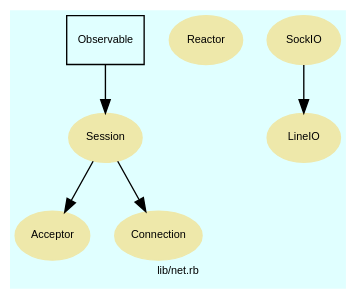
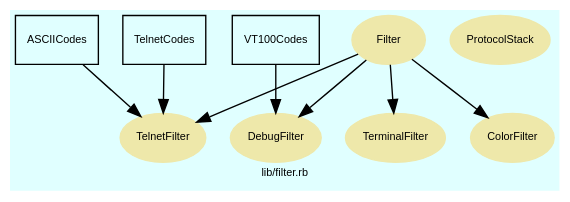
The diagram in doc/dot/f_9.dot (Tyche/teensymud), drawn with Graphviz before and after one commit. The commit also changed 166 other files, not shown here.

```diff
--- a/doc/dot/f_9.dot
+++ b/doc/dot/f_9.dot
@@ -1,89 +1,113 @@
 digraph TopLevel {
     compound = true
     bgcolor = lightcyan1
     fontname = Arial
     fontsize = 8
-    label = "lib/net.rb"
+    label = "lib/filter.rb"
     node [
         fontname = Arial,
         fontsize = 8,
         color = black
     ]
 
-    Acceptor [
+    DebugFilter [
         fontcolor = black,
-        URL = "classes/Acceptor.html",
+        URL = "classes/DebugFilter.html",
         shape = ellipse,
         color = palegoldenrod,
         style = filled,
-        label = "Acceptor"
+        label = "DebugFilter"
     ]
 
-    Reactor [
+    TelnetFilter [
         fontcolor = black,
-        URL = "classes/Reactor.html",
+        URL = "classes/TelnetFilter.html",
         shape = ellipse,
         color = palegoldenrod,
         style = filled,
-        label = "Reactor"
+        label = "TelnetFilter"
     ]
 
-    SockIO [
+    Filter [
         fontcolor = black,
-        URL = "classes/SockIO.html",
+        URL = "classes/Filter.html",
         shape = ellipse,
         color = palegoldenrod,
         style = filled,
-        label = "SockIO"
+        label = "Filter"
     ]
 
-    Session [
+    TerminalFilter [
         fontcolor = black,
-        URL = "classes/Session.html",
+        URL = "classes/TerminalFilter.html",
         shape = ellipse,
         color = palegoldenrod,
         style = filled,
-        label = "Session"
+        label = "TerminalFilter"
     ]
 
-    Connection [
+    ColorFilter [
         fontcolor = black,
-        URL = "classes/Connection.html",
+        URL = "classes/ColorFilter.html",
         shape = ellipse,
         color = palegoldenrod,
         style = filled,
-        label = "Connection"
+        label = "ColorFilter"
     ]
 
-    LineIO [
+    ProtocolStack [
         fontcolor = black,
-        URL = "classes/LineIO.html",
+        URL = "classes/ProtocolStack.html",
         shape = ellipse,
         color = palegoldenrod,
         style = filled,
-        label = "LineIO"
+        label = "ProtocolStack"
     ]
 
-    Session -> Acceptor [
+    VT100Codes [
+        URL = "classes/VT100Codes.html",
+        shape = box,
+        label = "VT100Codes"
+    ]
+
+    VT100Codes -> DebugFilter [
 
     ]
 
-    Observable [
-        URL = "classes/Observable.html",
-        shape = box,
-        label = "Observable"
-    ]
-
-    Observable -> Session [
+    Filter -> DebugFilter [
 
     ]
 
-    Session -> Connection [
+    ASCIICodes [
+        URL = "classes/ASCIICodes.html",
+        shape = box,
+        label = "ASCIICodes"
+    ]
+
+    ASCIICodes -> TelnetFilter [
 
     ]
 
-    SockIO -> LineIO [
+    TelnetCodes [
+        URL = "classes/TelnetCodes.html",
+        shape = box,
+        label = "TelnetCodes"
+    ]
+
+    TelnetCodes -> TelnetFilter [
+
+    ]
+
+    Filter -> TelnetFilter [
+
+    ]
+
+    Filter -> TerminalFilter [
+
+    ]
+
+    Filter -> ColorFilter [
 
     ]
 
 }
```
